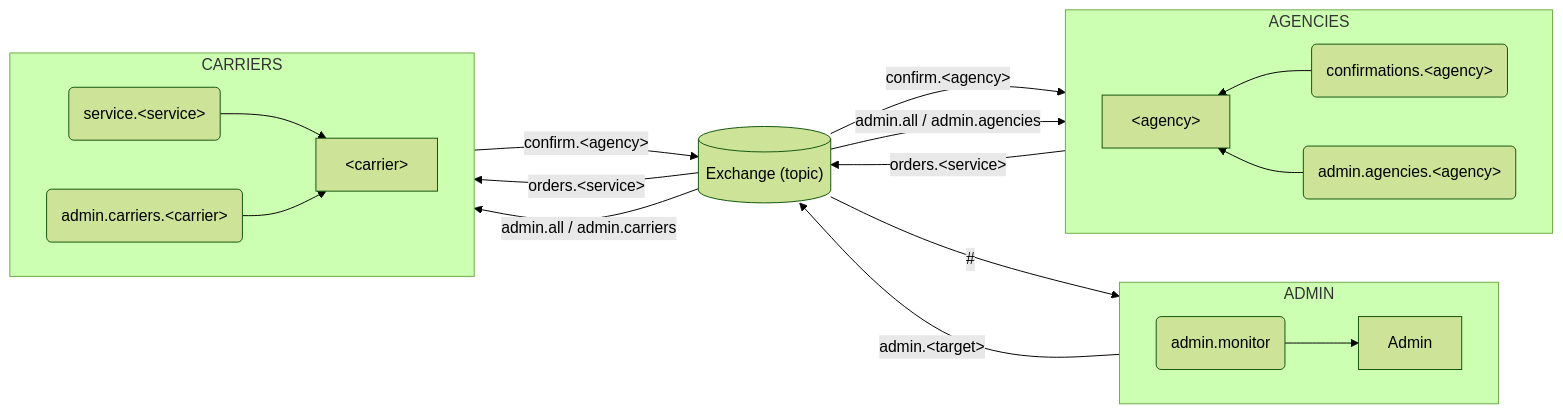
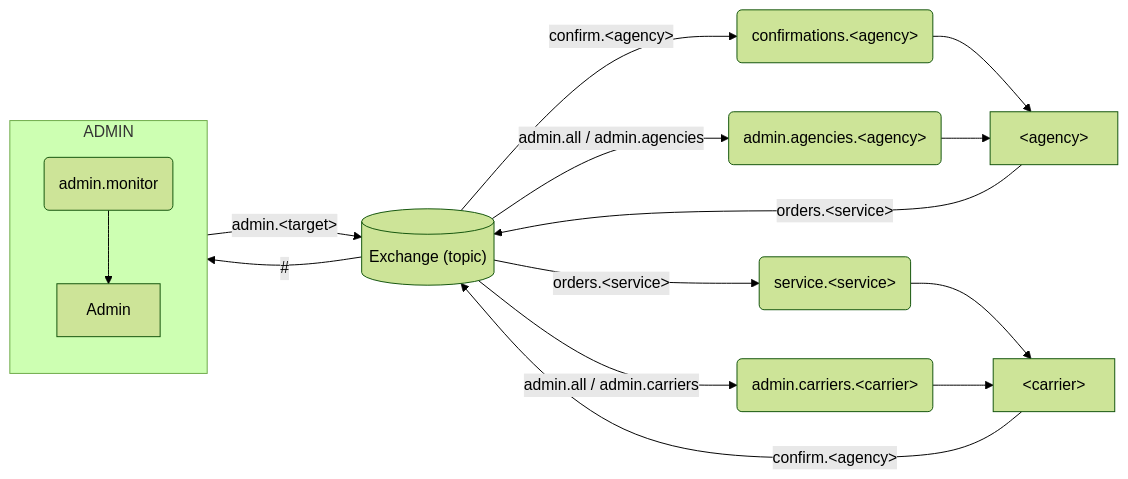
The diagram in sem6/rozprochy/tasks/task5/schema.md (Mosder/agh), drawn with Mermaid (forest theme) before and after one commit.

Commit message:
rozprochy

````diff
--- a/sem6/rozprochy/tasks/task5/schema.md
+++ b/sem6/rozprochy/tasks/task5/schema.md
@@ -1,33 +1,29 @@
 ```mermaid
 flowchart LR
     subgraph ADMIN
-        direction LR
+        direction TD
         AD[Admin]
         QAD(admin.monitor)
     end
 
-    subgraph AGENCIES
-        direction RL
-        A[&lt;agency&gt;]
-        QA(confirmations.&lt;agency&gt;)
-        QAAD(admin.agencies.&lt;agency&gt;)
-    end
+    X[("Exchange (topic)")]
 
-    subgraph CARRIERS
-        direction LR
-        C[&lt;carrier&gt;]
-        QS(service.&lt;service&gt;)
-        QC(admin.carriers.&lt;carrier&gt;)
-    end
+    A[&lt;agency&gt;]
+    QA(confirmations.&lt;agency&gt;)
+    QAAD(admin.agencies.&lt;agency&gt;)
 
-    AD -- admin.&lt;target&gt; --> X[("Exchange (topic)")]
+    C[&lt;carrier&gt;]
+    QS(service.&lt;service&gt;)
+    QC(admin.carriers.&lt;carrier&gt;)
+
+    AD -- admin.&lt;target&gt; --> X
     X -- "#" --> QAD --> AD
 
     A -- orders.&lt;service&gt; --> X
     X -- confirm.&lt;agency&gt; --> QA --> A
     X -- admin.all / admin.agencies --> QAAD --> A
 
     C -- confirm.&lt;agency&gt; --> X
     X -- orders.&lt;service&gt; --> QS --> C
     X -- admin.all / admin.carriers --> QC --> C
 ```
````
